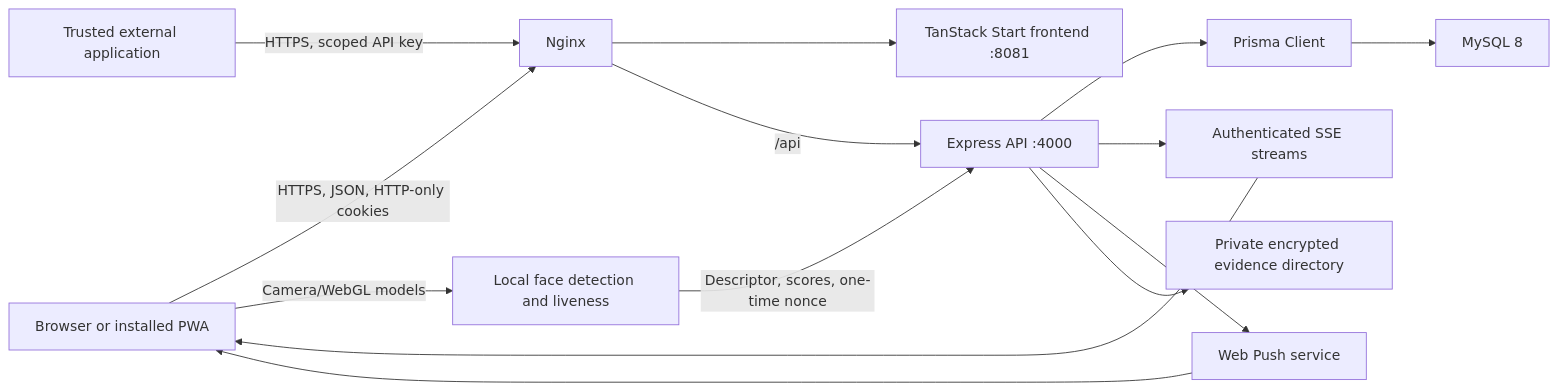
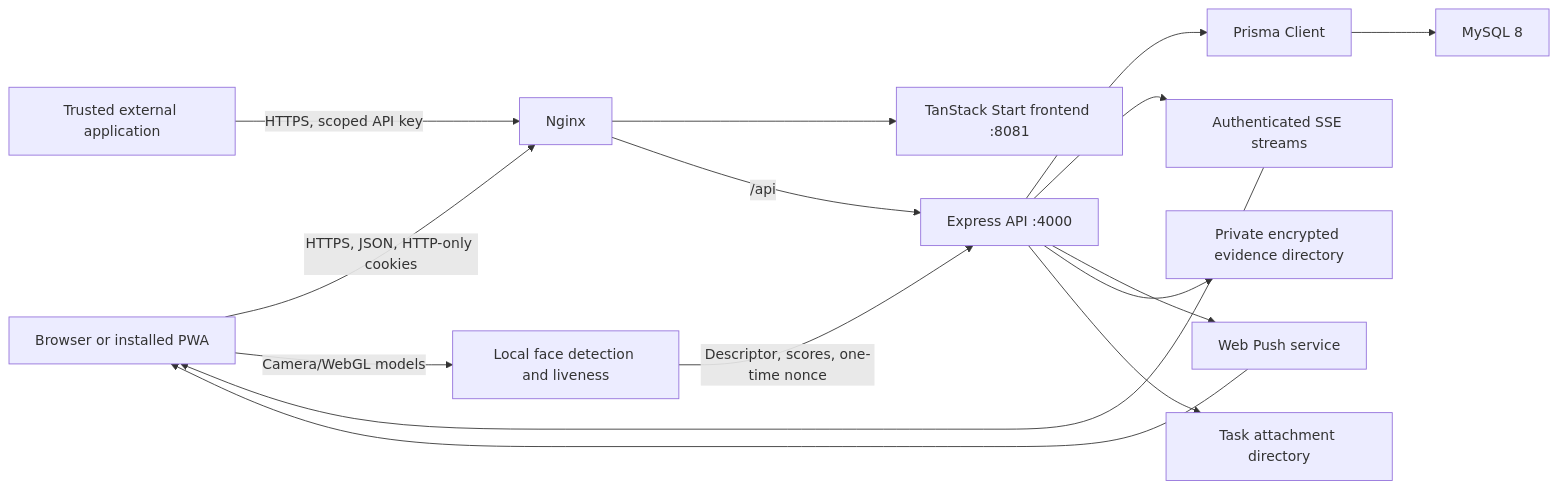
The first of 2 diagrams in docs/TECHNICAL_OVERVIEW.md (Sameerreddy-ATD/Atd-Hrms), drawn with Mermaid before and after one commit. The commit also changed other lines of this file and 37 other files, not shown here.

````diff
--- a/docs/TECHNICAL_OVERVIEW.md
+++ b/docs/TECHNICAL_OVERVIEW.md
@@ -5,16 +5,17 @@
 ```mermaid
 flowchart LR
   Client["Browser or installed PWA"] -->|"HTTPS, JSON, HTTP-only cookies"| Nginx["Nginx"]
   Integration["Trusted external application"] -->|"HTTPS, scoped API key"| Nginx
   Nginx --> Frontend["TanStack Start frontend :8081"]
   Nginx -->|"/api"| Backend["Express API :4000"]
   Backend --> Prisma["Prisma Client"]
   Prisma --> MySQL["MySQL 8"]
   Backend --> Live["Authenticated SSE streams"]
   Backend --> Push["Web Push service"]
   Client -->|"Camera/WebGL models"| Face["Local face detection and liveness"]
   Face -->|"Descriptor, scores, one-time nonce"| Backend
   Backend --> Evidence["Private encrypted evidence directory"]
+  Backend --> Attachments["Task attachment directory"]
   Live --> Client
   Push --> Client
 ```
````
